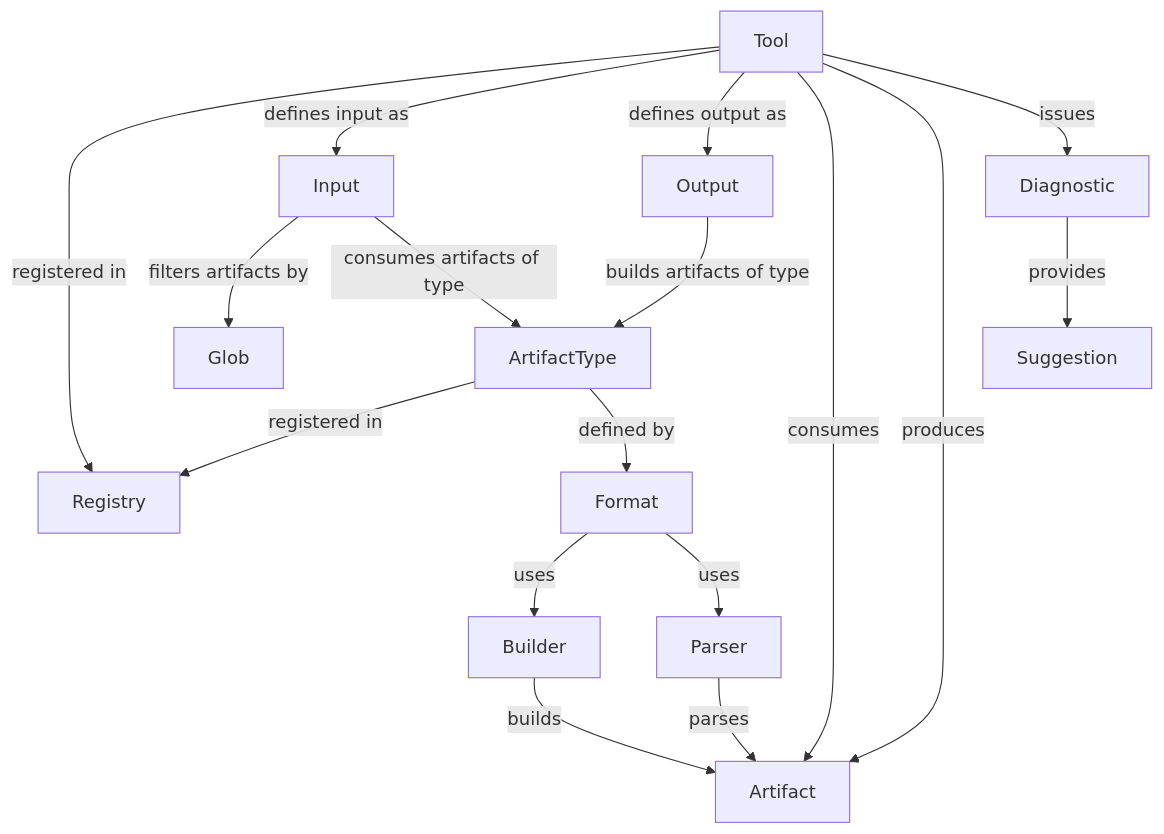
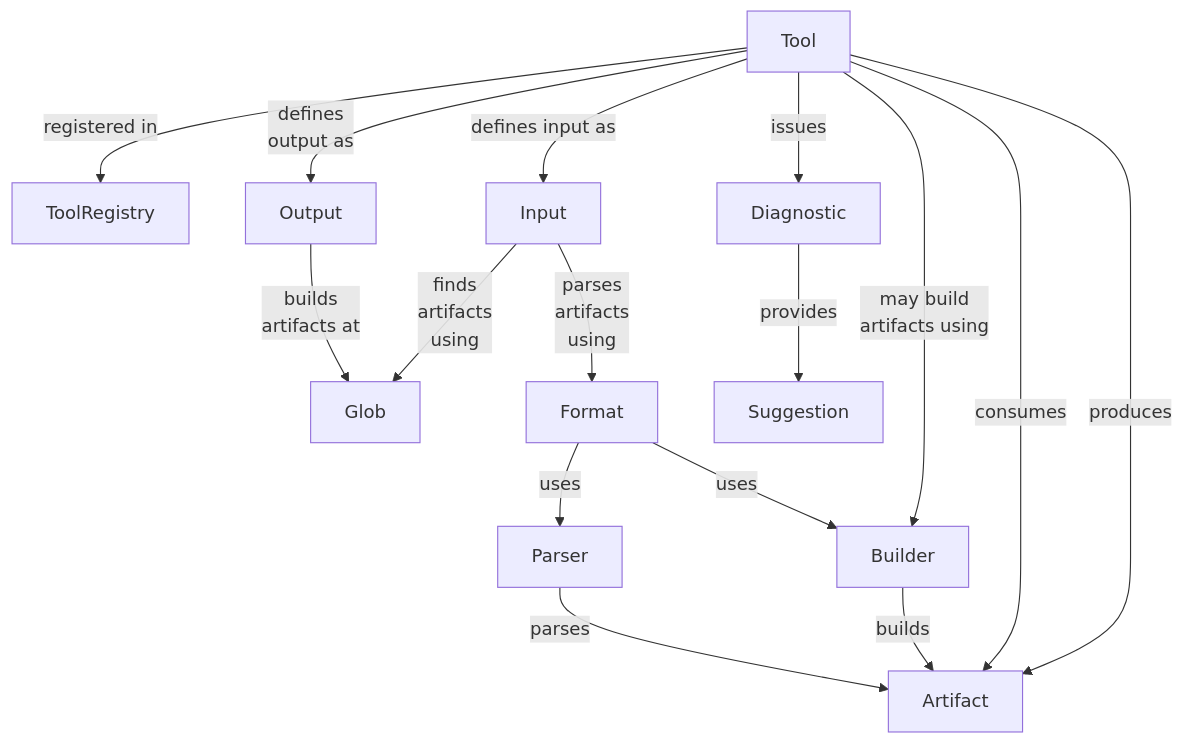
Before and after one commit to setms/sew: the diagram in src/main/ideas/tools.md, drawn with Mermaid. The commit also changed other lines of this file, not shown here.

Commit message:
Update diagram

````diff
--- a/src/main/ideas/tools.md
+++ b/src/main/ideas/tools.md
@@ -9,19 +9,18 @@
 ```mermaid
 graph
-    ArtifactType -- registered in --> Registry
-    Tool -- registered in --> Registry
+    Tool -- registered in --> ToolRegistry
+    Tool -- defines\noutput as --> Output
+    Output -- builds\nartifacts at --> Glob
     Tool -- defines input as --> Input
-    Input -- filters artifacts by --> Glob
-    Input -- consumes artifacts of type --> ArtifactType
-    ArtifactType -- defined by --> Format
+    Input -- finds\nartifacts\nusing --> Glob
+    Input -- parses\nartifacts\nusing --> Format
+    Format -- uses --> Parser
     Format -- uses --> Builder
-    Format -- uses --> Parser
     Parser -- parses --> Artifact
     Builder -- builds --> Artifact
-    Tool -- defines output as --> Output
-    Output -- builds artifacts of type --> ArtifactType
+    Tool -- may build\nartifacts using --> Builder
     Tool -- consumes --> Artifact
     Tool -- produces --> Artifact
     Tool -- issues --> Diagnostic
     Diagnostic -- provides --> Suggestion
 ```
````
